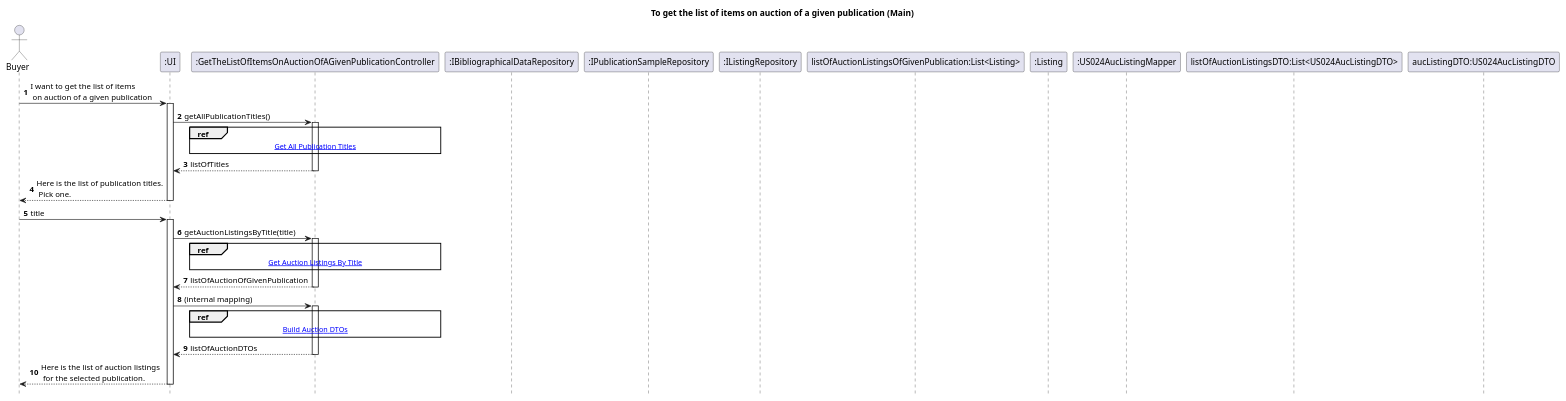
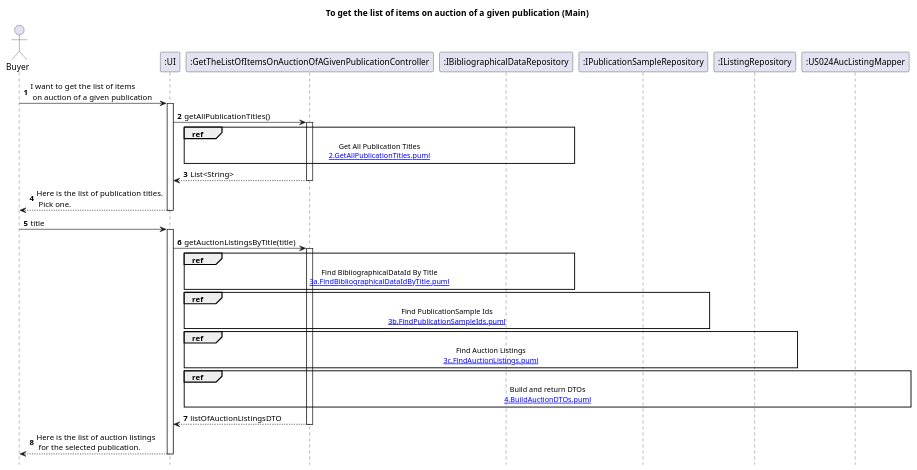
One commit to AndrePereiraGitH/SWitCH-Project-Team_A changed the diagram in Diagrams/SequenceDiagrams/N2/To-Get-List-Of-Items-Auction-Of-Given-Publication/1.MainDiagram.puml. Above: the diagram before and after it, drawn with PlantUML. The commit also changed 8 other files, not shown here.

```diff
--- a/Diagrams/SequenceDiagrams/N2/To-Get-List-Of-Items-Auction-Of-Given-Publication/1.MainDiagram.puml
+++ b/Diagrams/SequenceDiagrams/N2/To-Get-List-Of-Items-Auction-Of-Given-Publication/1.MainDiagram.puml
@@ -1,70 +1,64 @@
 @startuml
 hide footbox
 autonumber
 title To get the list of items on auction of a given publication (Main)
 
 actor Buyer
 participant ":UI" as UI
 participant ":GetTheListOfItemsOnAuctionOfAGivenPublicationController" as Ctrl
 participant ":IBibliographicalDataRepository" as bdRepo
 participant ":IPublicationSampleRepository" as pubSampleRepo
 participant ":IListingRepository" as listingRepo
-participant "listOfAuctionListingsOfGivenPublication:List<Listing>" as aucListing
-participant ":Listing" as listing
 participant ":US024AucListingMapper" as mapper
-participant "listOfAuctionListingsDTO:List<US024AucListingDTO>" as listOfAucListingDTO
-participant "aucListingDTO:US024AucListingDTO" as auctionListingDTO
 
 ' --- Start ---
 Buyer -> UI : I want to get the list of items\n on auction of a given publication
 activate UI
 
-' =========================
-' Get All Publication Titles (reference)
-' =========================
 UI -> Ctrl : getAllPublicationTitles()
 activate Ctrl
 
-ref over Ctrl
-[[2.GetAllPublicationTitles.puml Get All Publication Titles]]
+ref over Ctrl, bdRepo
+  Get All Publication Titles
+  [[2.GetAllPublicationTitles.puml]]
 end ref
 
-Ctrl --> UI : listOfTitles
+Ctrl --> UI : List<String>
 deactivate Ctrl
 
 UI --> Buyer : Here is the list of publication titles.\n Pick one.
 deactivate UI
 
 Buyer -> UI : title
 activate UI
 
-' =========================
-' Get Auction Listings By Title (reference)
-' =========================
 UI -> Ctrl : getAuctionListingsByTitle(title)
 activate Ctrl
 
-ref over Ctrl
-[[3.GetAuctionListingsByTitle.puml Get Auction Listings By Title]]
+ref over Ctrl, bdRepo
+  Find BibliographicalDataId By Title
+  [[3a.FindBibliographicalDataIdByTitle.puml]]
 end ref
 
-Ctrl --> UI : listOfAuctionOfGivenPublication
-deactivate Ctrl
-
-' =========================
-' Build Auction DTOs (reference)
-' =========================
-UI -> Ctrl : (internal mapping)
-activate Ctrl
-
-ref over Ctrl
-[[4.BuildAuctionDTOs.puml Build Auction DTOs]]
+ref over Ctrl, pubSampleRepo
+  Find PublicationSample Ids
+  [[3b.FindPublicationSampleIds.puml]]
 end ref
 
-Ctrl --> UI : listOfAuctionDTOs
+ref over Ctrl, listingRepo
+  Find Auction Listings
+  [[3c.FindAuctionListings.puml]]
+end ref
+
+ref over Ctrl, mapper
+  Build and return DTOs
+  [[4.BuildAuctionDTOs.puml]]
+end ref
+
+Ctrl --> UI : listOfAuctionListingsDTO
 deactivate Ctrl
 
 UI --> Buyer : Here is the list of auction listings\n for the selected publication.
 deactivate UI
 
 @enduml
```
